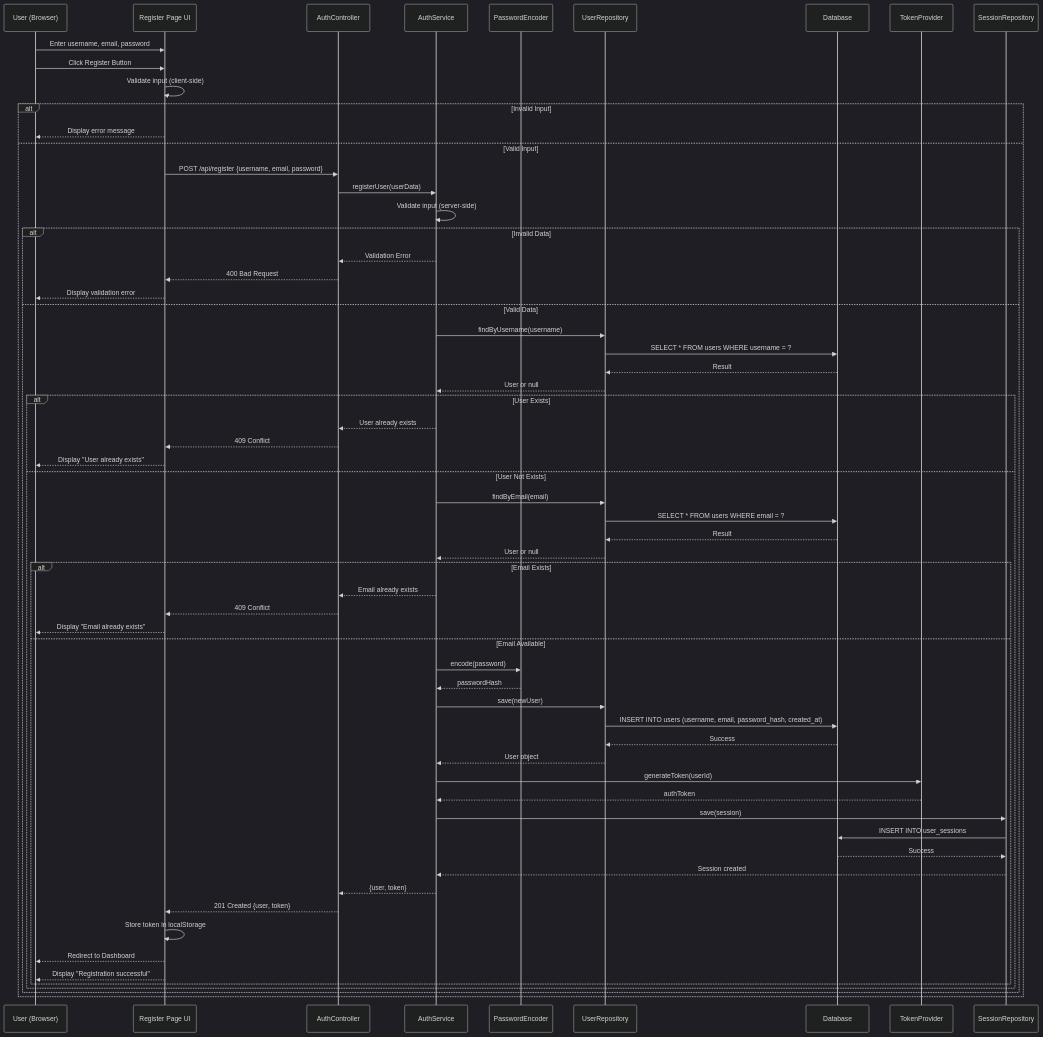
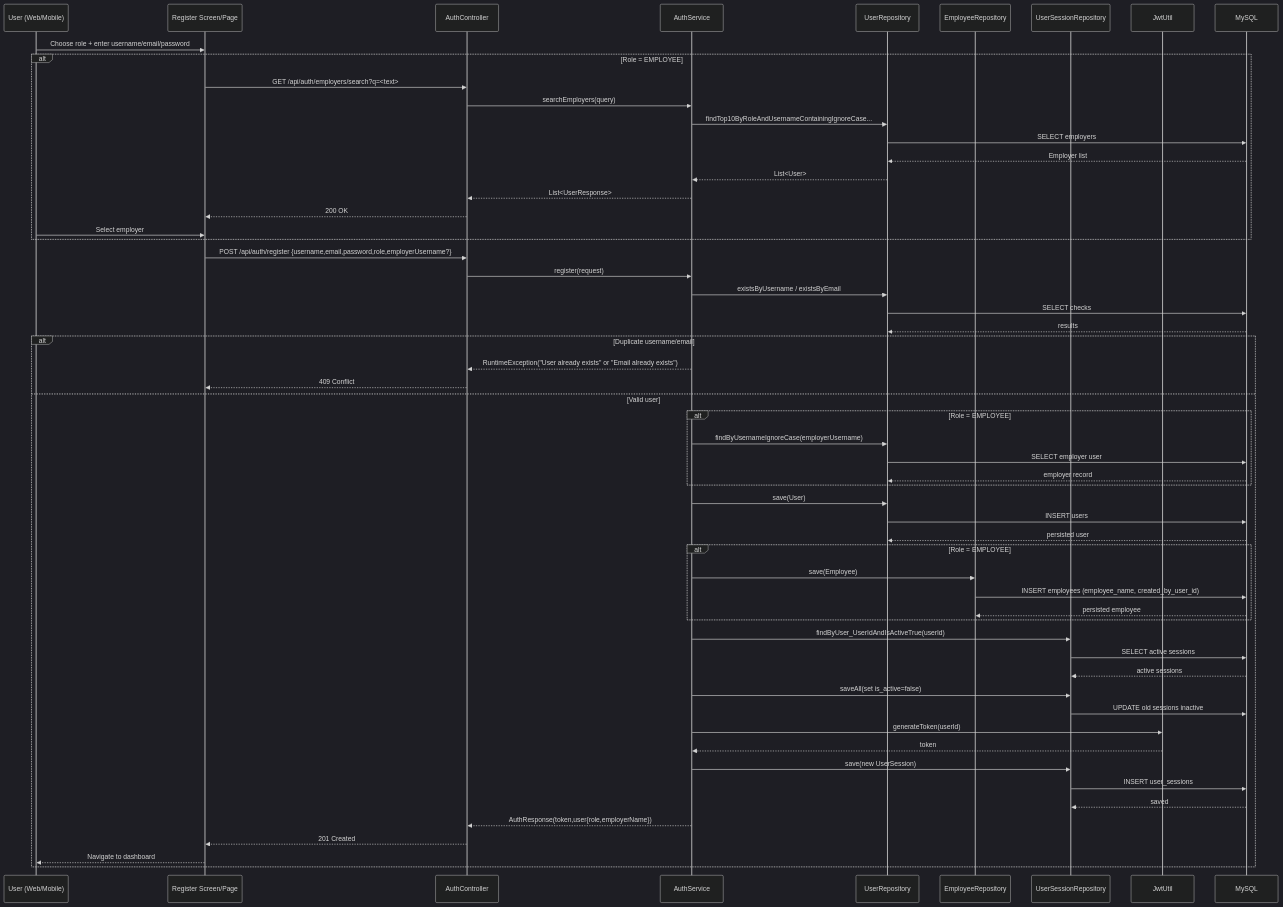
Before and after one commit to gintongbarko/IT342_G5_Matsuda_Lab1: the diagram in docs/sequence-register.mermaid, drawn with Mermaid (dark theme). The commit also changed 47 other files, not shown here.

First line of the commit message:
feat: Implement Timesheet functionality with dashboard, clock in/out, and registration enhancements

```diff
--- a/docs/sequence-register.mermaid
+++ b/docs/sequence-register.mermaid
@@ -1,74 +1,67 @@
 sequenceDiagram
-    participant User as User (Browser)
-    participant UI as Register Page UI
+    participant User as User (Web/Mobile)
+    participant UI as Register Screen/Page
     participant AuthCtrl as AuthController
     participant AuthSvc as AuthService
-    participant PwdEnc as PasswordEncoder
     participant UserRepo as UserRepository
-    participant DB as Database
-    participant Token as TokenProvider
-    participant SessRepo as SessionRepository
-    
-    User->>UI: Enter username, email, password
-    User->>UI: Click Register Button
-    
-    UI->>UI: Validate input (client-side)
-    alt Invalid Input
-        UI-->>User: Display error message
-    else Valid Input
-        UI->>AuthCtrl: POST /api/register {username, email, password}
-        
-        AuthCtrl->>AuthSvc: registerUser(userData)
-        
-        AuthSvc->>AuthSvc: Validate input (server-side)
-        alt Invalid Data
-            AuthSvc-->>AuthCtrl: Validation Error
-            AuthCtrl-->>UI: 400 Bad Request
-            UI-->>User: Display validation error
-        else Valid Data
-            AuthSvc->>UserRepo: findByUsername(username)
-            UserRepo->>DB: SELECT * FROM users WHERE username = ?
-            DB-->>UserRepo: Result
-            UserRepo-->>AuthSvc: User or null
-            
-            alt User Exists
-                AuthSvc-->>AuthCtrl: User already exists
-                AuthCtrl-->>UI: 409 Conflict
-                UI-->>User: Display "User already exists"
-            else User Not Exists
-                AuthSvc->>UserRepo: findByEmail(email)
-                UserRepo->>DB: SELECT * FROM users WHERE email = ?
-                DB-->>UserRepo: Result
-                UserRepo-->>AuthSvc: User or null
-                
-                alt Email Exists
-                    AuthSvc-->>AuthCtrl: Email already exists
-                    AuthCtrl-->>UI: 409 Conflict
-                    UI-->>User: Display "Email already exists"
-                else Email Available
-                    AuthSvc->>PwdEnc: encode(password)
-                    PwdEnc-->>AuthSvc: passwordHash
-                    
-                    AuthSvc->>UserRepo: save(newUser)
-                    UserRepo->>DB: INSERT INTO users (username, email, password_hash, created_at)
-                    DB-->>UserRepo: Success
-                    UserRepo-->>AuthSvc: User object
-                    
-                    AuthSvc->>Token: generateToken(userId)
-                    Token-->>AuthSvc: authToken
-                    
-                    AuthSvc->>SessRepo: save(session)
-                    SessRepo->>DB: INSERT INTO user_sessions
-                    DB-->>SessRepo: Success
-                    SessRepo-->>AuthSvc: Session created
-                    
-                    AuthSvc-->>AuthCtrl: {user, token}
-                    AuthCtrl-->>UI: 201 Created {user, token}
-                    
-                    UI->>UI: Store token in localStorage
-                    UI-->>User: Redirect to Dashboard
-                    UI-->>User: Display "Registration successful"
-                end
-            end
+    participant EmpRepo as EmployeeRepository
+    participant SessRepo as UserSessionRepository
+    participant JWT as JwtUtil
+    participant DB as MySQL
+
+    User->>UI: Choose role + enter username/email/password
+    alt Role = EMPLOYEE
+        UI->>AuthCtrl: GET /api/auth/employers/search?q=<text>
+        AuthCtrl->>AuthSvc: searchEmployers(query)
+        AuthSvc->>UserRepo: findTop10ByRoleAndUsernameContainingIgnoreCase...
+        UserRepo->>DB: SELECT employers
+        DB-->>UserRepo: Employer list
+        UserRepo-->>AuthSvc: List<User>
+        AuthSvc-->>AuthCtrl: List<UserResponse>
+        AuthCtrl-->>UI: 200 OK
+        User->>UI: Select employer
+    end
+
+    UI->>AuthCtrl: POST /api/auth/register {username,email,password,role,employerUsername?}
+    AuthCtrl->>AuthSvc: register(request)
+
+    AuthSvc->>UserRepo: existsByUsername / existsByEmail
+    UserRepo->>DB: SELECT checks
+    DB-->>UserRepo: results
+
+    alt Duplicate username/email
+        AuthSvc-->>AuthCtrl: RuntimeException("User already exists" or "Email already exists")
+        AuthCtrl-->>UI: 409 Conflict
+    else Valid user
+        alt Role = EMPLOYEE
+            AuthSvc->>UserRepo: findByUsernameIgnoreCase(employerUsername)
+            UserRepo->>DB: SELECT employer user
+            DB-->>UserRepo: employer record
         end
+
+        AuthSvc->>UserRepo: save(User)
+        UserRepo->>DB: INSERT users
+        DB-->>UserRepo: persisted user
+
+        alt Role = EMPLOYEE
+            AuthSvc->>EmpRepo: save(Employee)
+            EmpRepo->>DB: INSERT employees (employee_name, created_by_user_id)
+            DB-->>EmpRepo: persisted employee
+        end
+
+        AuthSvc->>SessRepo: findByUser_UserIdAndIsActiveTrue(userId)
+        SessRepo->>DB: SELECT active sessions
+        DB-->>SessRepo: active sessions
+        AuthSvc->>SessRepo: saveAll(set is_active=false)
+        SessRepo->>DB: UPDATE old sessions inactive
+
+        AuthSvc->>JWT: generateToken(userId)
+        JWT-->>AuthSvc: token
+        AuthSvc->>SessRepo: save(new UserSession)
+        SessRepo->>DB: INSERT user_sessions
+        DB-->>SessRepo: saved
+
+        AuthSvc-->>AuthCtrl: AuthResponse(token,user{role,employerName})
+        AuthCtrl-->>UI: 201 Created
+        UI-->>User: Navigate to dashboard
     end
```
